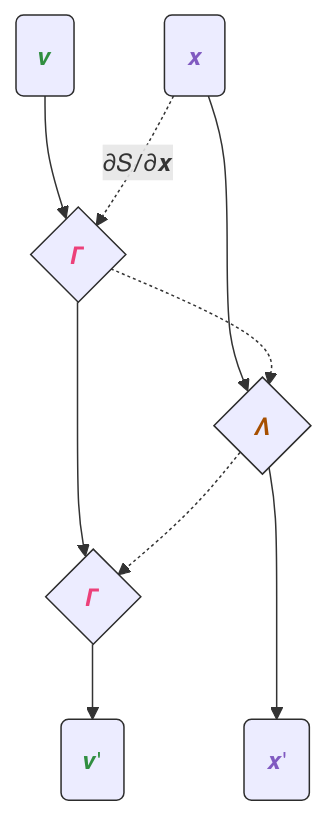
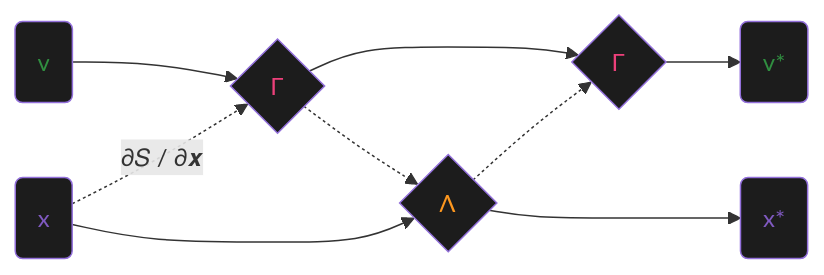
Before and after one commit to saforem2/lqcd-pasc23: the diagram in index.qmd, drawn with Mermaid. The commit also changed other lines of this file, not shown here.

````diff
--- a/index.qmd
+++ b/index.qmd
@@ -777,19 +836,19 @@
 ```{mermaid}
-flowchart TD
-  v("𝒗") --> G1{"𝜞"}
-  x("𝒙") -. "∂𝑆/∂𝒙" -.-> G1{"𝜞"}
-  x --> L{"𝜦"}
-  G1 -.-> L{"𝜦"}
-  G1 --> G2{"𝜞"}
+flowchart LR
+  v("v") --> G1{"Γ"}
+  x0("x") -. "∂𝑆 / ∂𝒙" -.-> G1{"Γ"}
+  G1 -.-> L{"Λ"}
+  x0 --> L{"Λ"}
+  G1 --> G2{"Γ"}
   L -.-> G2
-  L ---> x'("𝒙'")
-  G2 --> v'("𝒗'")
-  style x  color:#805AC1
+  L ---> x'("x*")
+  G2 --> v'("v*")
+  style x0  color:#805AC1
   style x' color:#805AC1
   style v' color:#308E40
   style v color:#308E40
-  style L color:#A64F00
+  style L color:#FD971F
   style G1 color:#ec407a
   style G2 color:#ec407a
-  classDef default fill:#1c1c1c%%,stroke:#2c2c2c,stroke-width:1px;
+  classDef default fill:#1c1c1c
 ```
````
